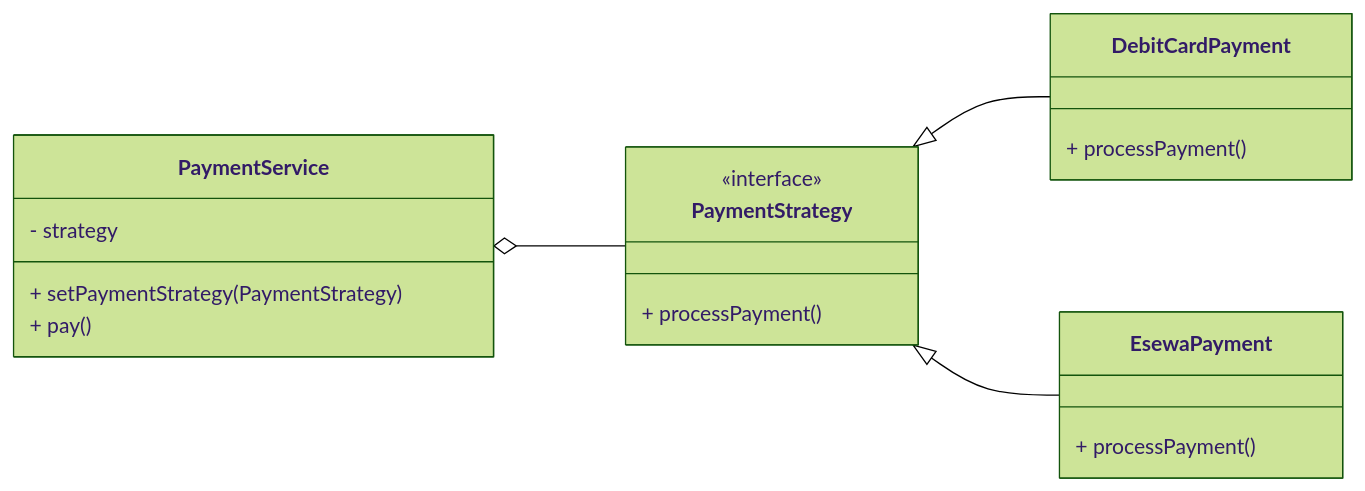
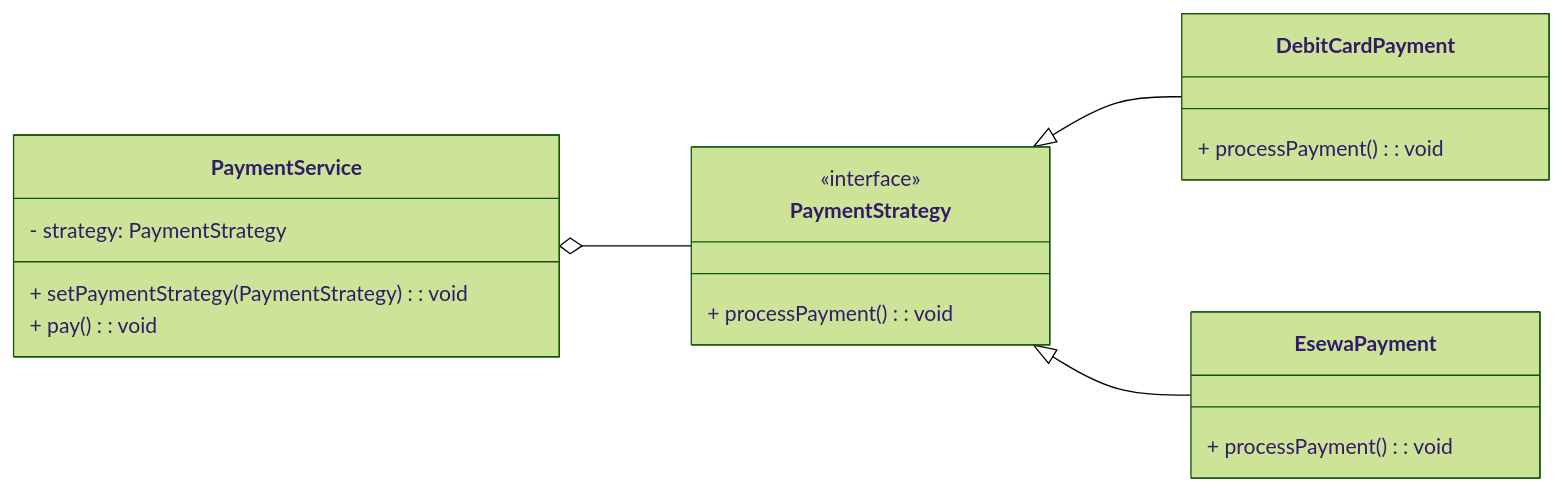
Before and after one commit to bidursapkota00/Design-Patterns: diagram 14 of 15 in README.md, drawn with Mermaid (forest theme). The commit also changed other lines of this file, not shown here.

````diff
--- a/README.md
+++ b/README.md
@@ -1137,26 +1212,26 @@
 ```mermaid
 %%{init: { "flowchart": { "rankSpacing": 100, "nodeSpacing": 100 }}}%%
 classDiagram
 direction LR
 class PaymentService {
-    - strategy
-    + setPaymentStrategy(PaymentStrategy)
-    + pay()
+    - strategy: PaymentStrategy
+    + setPaymentStrategy(PaymentStrategy): void
+    + pay(): void
 }
 
 class PaymentStrategy {
     <<interface>>
-    + processPayment()
+    + processPayment(): void
 }
 
 class DebitCardPayment {
-    + processPayment()
+    + processPayment(): void
 }
 class EsewaPayment {
-    + processPayment()
+    + processPayment(): void
 }
 
 PaymentService o-- PaymentStrategy
 PaymentStrategy <|-- DebitCardPayment
 PaymentStrategy <|-- EsewaPayment
 ```
````
